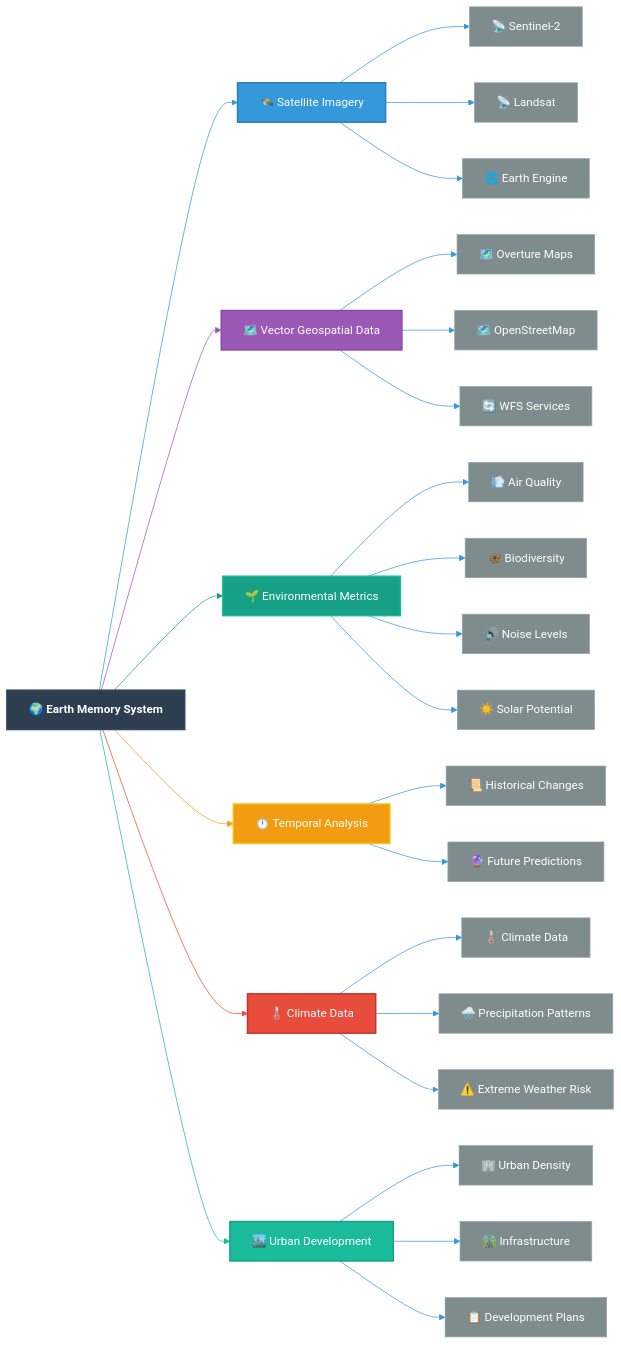
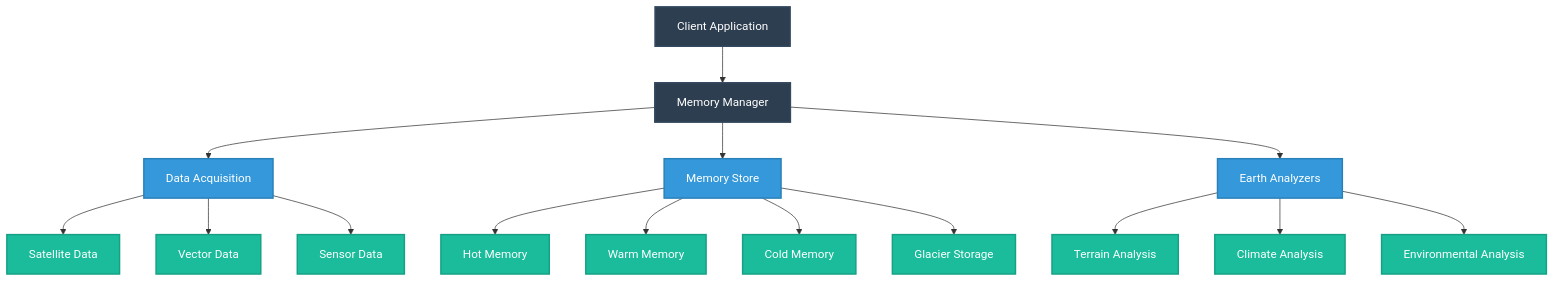
Before and after one commit to Vortx-AI/memories-dev: the second of 5 diagrams in README.md, drawn with Mermaid. The commit also changed other lines of this file and 1 other file, not shown here.

Commit message:
docs: enhance READMEs with Mermaid diagrams for system architecture and data flow

````diff
--- a/README.md
+++ b/README.md
@@ -105,77 +96,24 @@
 ```mermaid
-%%{init: {'theme': 'forest', 'themeVariables': { 'primaryColor': '#2c3e50', 'primaryTextColor': '#ecf0f1', 'primaryBorderColor': '#34495e', 'lineColor': '#3498db', 'secondaryColor': '#16a085', 'tertiaryColor': '#2980b9'}}}%%
-graph LR
-    classDef mainSystem fill:#2c3e50,stroke:#34495e,stroke-width:2px,color:white,font-weight:bold
-    classDef satelliteData fill:#3498db,stroke:#2980b9,stroke-width:2px,color:white
-    classDef vectorData fill:#9b59b6,stroke:#8e44ad,stroke-width:2px,color:white
-    classDef environmentalData fill:#16a085,stroke:#1abc9c,stroke-width:2px,color:white
-    classDef temporalData fill:#f39c12,stroke:#f1c40f,stroke-width:2px,color:white
-    classDef climateData fill:#e74c3c,stroke:#c0392b,stroke-width:2px,color:white
-    classDef urbanData fill:#1abc9c,stroke:#16a085,stroke-width:2px,color:white
-    classDef dataSource fill:#7f8c8d,stroke:#95a5a6,stroke-width:1px,color:white
+graph TB
+    classDef primary fill:#2c3e50,stroke:#34495e,stroke-width:2px,color:white
+    classDef secondary fill:#3498db,stroke:#2980b9,stroke-width:2px,color:white
+    classDef tertiary fill:#1abc9c,stroke:#16a085,stroke-width:2px,color:white
     
-    A[🌍 Earth Memory System] --> B[🛰️ Satellite Imagery]
-    A --> C[🗺️ Vector Geospatial Data]
-    A --> D[🌱 Environmental Metrics]
-    A --> E[⏱️ Temporal Analysis]
-    A --> F[🌡️ Climate Data]
-    A --> G[🏙️ Urban Development]
+    A[Client Application]:::primary --> B[Memory Manager]:::primary
+    B --> C[Data Acquisition]:::secondary
+    B --> D[Memory Store]:::secondary
+    B --> E[Earth Analyzers]:::secondary
     
-    B --> H[📡 Sentinel-2]
-    B --> I[📡 Landsat]
-    B --> J[🌐 Earth Engine]
+    C --> F[Satellite Data]:::tertiary
+    C --> G[Vector Data]:::tertiary
+    C --> H[Sensor Data]:::tertiary
     
-    C --> K[🗺️ Overture Maps]
-    C --> L[🗺️ OpenStreetMap]
-    C --> M[🔄 WFS Services]
+    D --> I[Hot Memory]:::tertiary
+    D --> J[Warm Memory]:::tertiary
+    D --> K[Cold Memory]:::tertiary
+    D --> L[Glacier Storage]:::tertiary
     
-    D --> N[💨 Air Quality]
-    D --> O[🦋 Biodiversity]
-    D --> P[🔊 Noise Levels]
-    D --> Q[☀️ Solar Potential]
-    
-    E --> R[📜 Historical Changes]
-    E --> S[🔮 Future Predictions]
-    
-    F --> T[🌡️ Climate Data]
-    F --> U[🌧️ Precipitation Patterns]
-    F --> V[⚠️ Extreme Weather Risk]
-    
-    G --> W[🏢 Urban Density]
-    G --> X[🛣️ Infrastructure]
-    G --> Y[📋 Development Plans]
-    
-    A:::mainSystem
-    B:::satelliteData
-    C:::vectorData
-    D:::environmentalData
-    E:::temporalData
-    F:::climateData
-    G:::urbanData
-    H:::dataSource
-    I:::dataSource
-    J:::dataSource
-    K:::dataSource
-    L:::dataSource
-    M:::dataSource
-    N:::dataSource
-    O:::dataSource
-    P:::dataSource
-    Q:::dataSource
-    R:::dataSource
-    S:::dataSource
-    T:::dataSource
-    U:::dataSource
-    V:::dataSource
-    W:::dataSource
-    X:::dataSource
-    Y:::dataSource
-    
-    linkStyle 0,1,2,3,4,5 stroke-width:2px
-    linkStyle 0 stroke:#3498db
-    linkStyle 1 stroke:#9b59b6
-    linkStyle 2 stroke:#16a085
-    linkStyle 3 stroke:#f39c12
-    linkStyle 4 stroke:#e74c3c
-    linkStyle 5 stroke:#1abc9c
+    E --> M[Terrain Analysis]:::tertiary
+    E --> N[Climate Analysis]:::tertiary
+    E --> O[Environmental Analysis]:::tertiary
 ```
````
